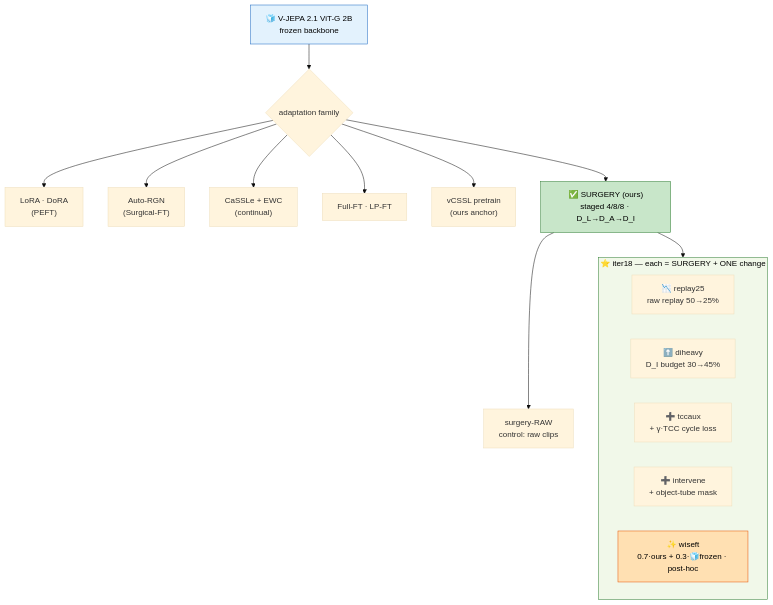
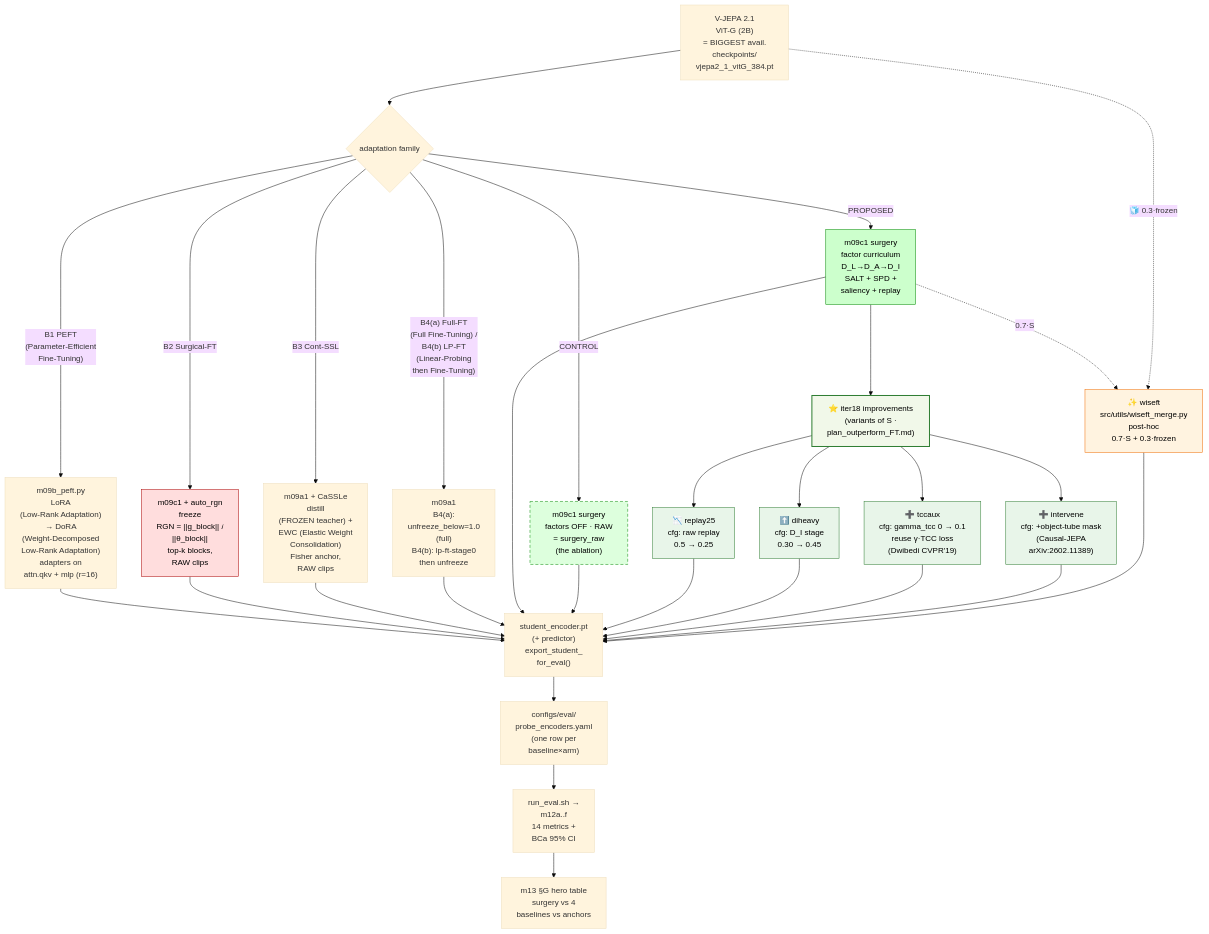
One commit to kapilw25/LLM_asAgent_3D_SR changed the first of 2 diagrams in iter/iter18_ablations_FTtechniues/result_outputs/ppt_june14.md. Above: the diagram before and after it, drawn with Mermaid (base theme). The commit also changed other lines of this file and 23 other files, not shown here.

````diff
--- a/iter/iter18_ablations_FTtechniues/result_outputs/ppt_june14.md
+++ b/iter/iter18_ablations_FTtechniues/result_outputs/ppt_june14.md
@@ -78,25 +89,34 @@
 ```mermaid
-flowchart TB
-    %% iter18 arm tree — base → adaptation family → 13 done + 5 new (all on ViT-G 2B)
-    BASE["🧊 V-JEPA 2.1 ViT-G 2B<br>frozen backbone"]
-    BASE --> FAM{adaptation family}
-    FAM --> PEFT["LoRA · DoRA<br>(PEFT)"]
-    FAM --> RGN["Auto-RGN<br>(Surgical-FT)"]
-    FAM --> CONT["CaSSLe + EWC<br>(continual)"]
-    FAM --> NAIVE["Full-FT · LP-FT"]
-    FAM --> PRE["vCSSL pretrain<br>(ours anchor)"]
-    FAM --> SURG["✅ SURGERY (ours)<br>staged 4/8/8 · D_L→D_A→D_I"]
-    SURG --> RAW["surgery-RAW<br>control: raw clips"]
-    SURG --> IMP18
-    subgraph IMP18["⭐ iter18 — each = SURGERY + ONE change"]
-        V1["📉 replay25<br>raw replay 50→25%"]
-        V2["⬆️ diheavy<br>D_I budget 30→45%"]
-        V3["➕ tccaux<br>+ γ·TCC cycle loss"]
-        V4["➕ intervene<br>+ object-tube mask"]
-        V5["✨ wiseft<br>0.7·ours + 0.3·🧊frozen · post-hoc"]
-    end
-    style SURG fill:#c8e6c9,stroke:#2e7d32,color:#000
-    style IMP18 fill:#f1f8e9,stroke:#2e7d32,color:#000
-    style V5 fill:#ffe0b2,stroke:#e65100,color:#000
-    style BASE fill:#e3f2fd,stroke:#1565c0,color:#000
+flowchart TD
+    CKPT["V-JEPA 2.1<br>ViT-G (2B)<br>= BIGGEST avail.<br>checkpoints/<br>vjepa2_1_vitG_384.pt"] --> SEL{adaptation family}
+
+    SEL -->|"B1 PEFT<br>(Parameter-Efficient<br>Fine-Tuning)"| B1["m09b_peft.py<br>LoRA<br>(Low-Rank Adaptation)<br>→ DoRA<br>(Weight-Decomposed<br>Low-Rank Adaptation)<br>adapters on<br>attn.qkv + mlp (r=16)"]
+    SEL -->|"B2 Surgical-FT"| B2["m09c1 + auto_rgn<br>freeze<br>RGN = ||g_block|| /<br>||θ_block||<br>top-k blocks,<br>RAW clips"]
+    SEL -->|"B3 Cont-SSL"| B3["m09a1 + CaSSLe<br>distill<br>(FROZEN teacher) +<br>EWC (Elastic Weight<br>Consolidation)<br>Fisher anchor,<br>RAW clips"]
+    SEL -->|"B4(a) Full-FT<br>(Full Fine-Tuning) /<br>B4(b) LP-FT<br>(Linear-Probing<br>then Fine-Tuning)"| B4["m09a1<br>B4(a):<br>unfreeze_below=1.0<br>(full)<br>B4(b): lp-ft-stage0<br>then unfreeze"]
+    SEL -->|"PROPOSED"| S["m09c1 surgery<br>factor curriculum<br>D_L→D_A→D_I<br>SALT + SPD +<br>saliency + replay"]
+    SEL -->|"CONTROL"| SR["m09c1 surgery<br>factors OFF · RAW<br>= surgery_raw<br>(the ablation)"]
+
+    S --> IMP["⭐ iter18 improvements<br>(variants of S ·<br>plan_outperform_FT.md)"]
+    IMP --> V1["📉 replay25<br>cfg: raw replay<br>0.5 → 0.25"]
+    IMP --> V2["⬆️ diheavy<br>cfg: D_I stage<br>0.30 → 0.45"]
+    IMP --> V3["➕ tccaux<br>cfg: gamma_tcc 0 → 0.1<br>reuse γ·TCC loss<br>(Dwibedi CVPR'19)"]
+    IMP --> V4["➕ intervene<br>cfg: +object-tube mask<br>(Causal-JEPA<br>arXiv:2602.11389)"]
+    S -.->|"0.7·S"| V5["✨ wiseft<br>src/utils/wiseft_merge.py<br>post-hoc<br>0.7·S + 0.3·frozen"]
+    CKPT -.->|"🧊 0.3·frozen"| V5
+
+    B1 & B2 & B3 & B4 & S & SR & V1 & V2 & V3 & V4 & V5 --> EXP["student_encoder.pt<br>(+ predictor)<br>export_student_<br>for_eval()"]
+    EXP --> REG["configs/eval/<br>probe_encoders.yaml<br>(one row per<br>baseline×arm)"]
+    REG --> EVAL["run_eval.sh →<br>m12a..f<br>14 metrics +<br>BCa 95% CI"]
+    EVAL --> HERO["m13 §G hero table<br>surgery vs 4<br>baselines vs anchors"]
+
+    style S fill:#cfc,stroke:#080,color:#000
+    style SR fill:#dfd,stroke:#080,stroke-dasharray:6 4,color:#000
+    style B2 fill:#fdd,stroke:#a00,color:#000
+    style IMP fill:#f1f8e9,stroke:#2e7d32,stroke-width:2px,color:#000
+    style V1 fill:#e8f5e9,stroke:#2e7d32,color:#000
+    style V2 fill:#e8f5e9,stroke:#2e7d32,color:#000
+    style V3 fill:#e8f5e9,stroke:#2e7d32,color:#000
+    style V4 fill:#e8f5e9,stroke:#2e7d32,color:#000
+    style V5 fill:#fff3e0,stroke:#ef6c00,color:#000
 ```
````
